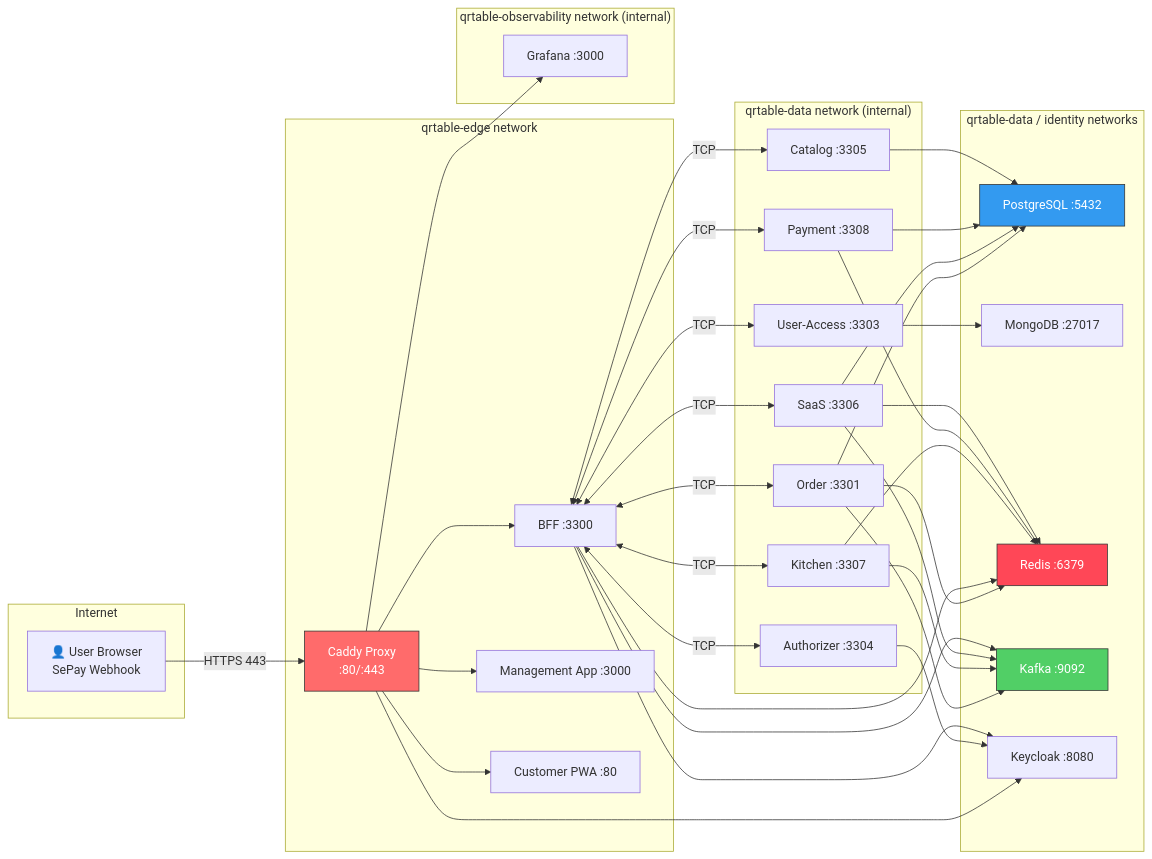
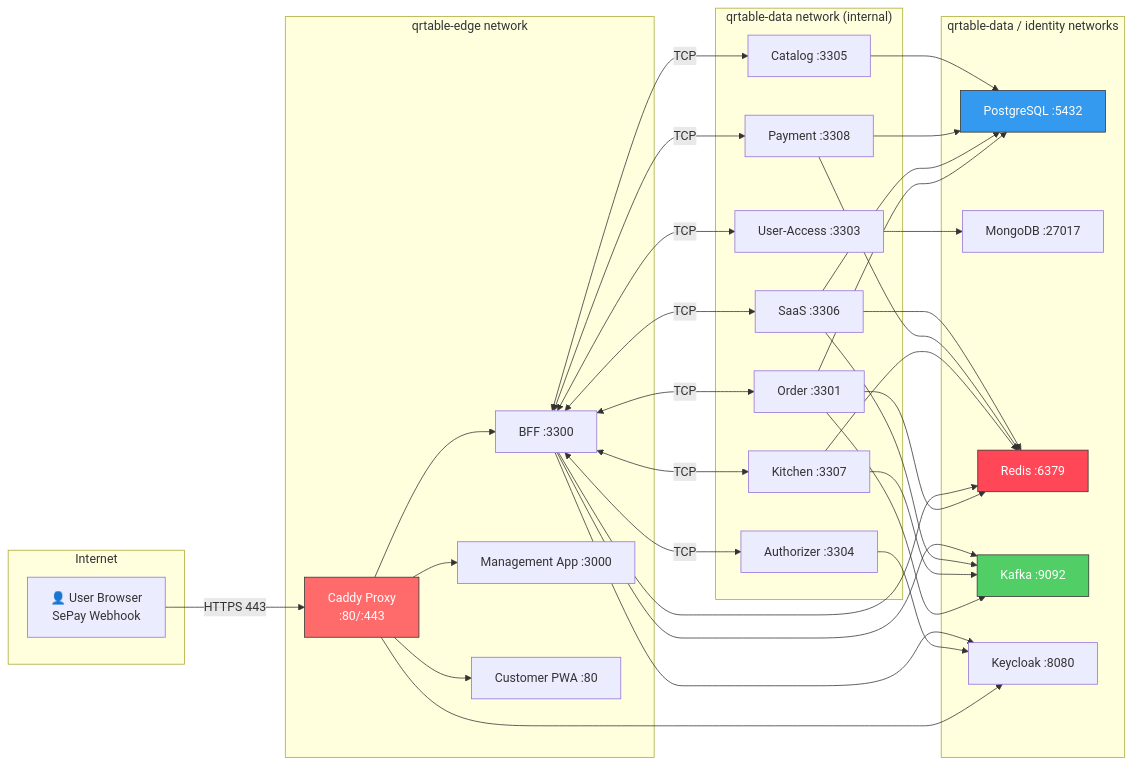
The second of 4 diagrams in docs/guides/docker-deployment-cicd-qrtable.vi.md (quan-vo-dinh/saas-pos-microservices-qrtable), drawn with Mermaid before and after one commit. The commit also changed other lines of this file and 74 other files, not shown here.

````diff
--- a/docs/guides/docker-deployment-cicd-qrtable.vi.md
+++ b/docs/guides/docker-deployment-cicd-qrtable.vi.md
@@ -1391,49 +1388,45 @@
 ```mermaid
 graph LR
     subgraph "Internet"
         USER["👤 User Browser\nSePay Webhook"]
     end
 
     subgraph "qrtable-edge network"
         CADDY["Caddy Proxy\n:80/:443"]
         BFF["BFF :3300"]
         MGMT["Management App :3000"]
         PWA["Customer PWA :80"]
     end
 
     subgraph "qrtable-data network (internal)"
         ORDER["Order :3301"]
         CATALOG["Catalog :3305"]
         KITCHEN["Kitchen :3307"]
         PAYMENT["Payment :3308"]
         SAAS["SaaS :3306"]
         AUTH["Authorizer :3304"]
         UA["User-Access :3303"]
     end
 
     subgraph "qrtable-data / identity networks"
         PG["PostgreSQL :5432"]
         MONGO["MongoDB :27017"]
         REDIS["Redis :6379"]
         KAFKA["Kafka :9092"]
         KC["Keycloak :8080"]
     end
 
-    subgraph "qrtable-observability network (internal)"
-        GRAFANA["Grafana :3000"]
-    end
-
     USER -->|"HTTPS 443"| CADDY
-    CADDY --> BFF & MGMT & PWA & KC & GRAFANA
+    CADDY --> BFF & MGMT & PWA & KC
     BFF <-->|"TCP"| ORDER & CATALOG & KITCHEN & PAYMENT & SAAS & AUTH & UA
     ORDER & SAAS & PAYMENT & CATALOG --> PG
     UA --> MONGO
     ORDER & BFF & KITCHEN & PAYMENT & SAAS --> REDIS
     ORDER & KITCHEN & SAAS & BFF --> KAFKA
     AUTH & BFF --> KC
 
     style CADDY fill:#ff6b6b,stroke:#333,color:#fff
     style PG fill:#339af0,stroke:#333,color:#fff
     style REDIS fill:#ff4757,stroke:#333,color:#fff
     style KAFKA fill:#51cf66,stroke:#333,color:#fff
 ```
````
